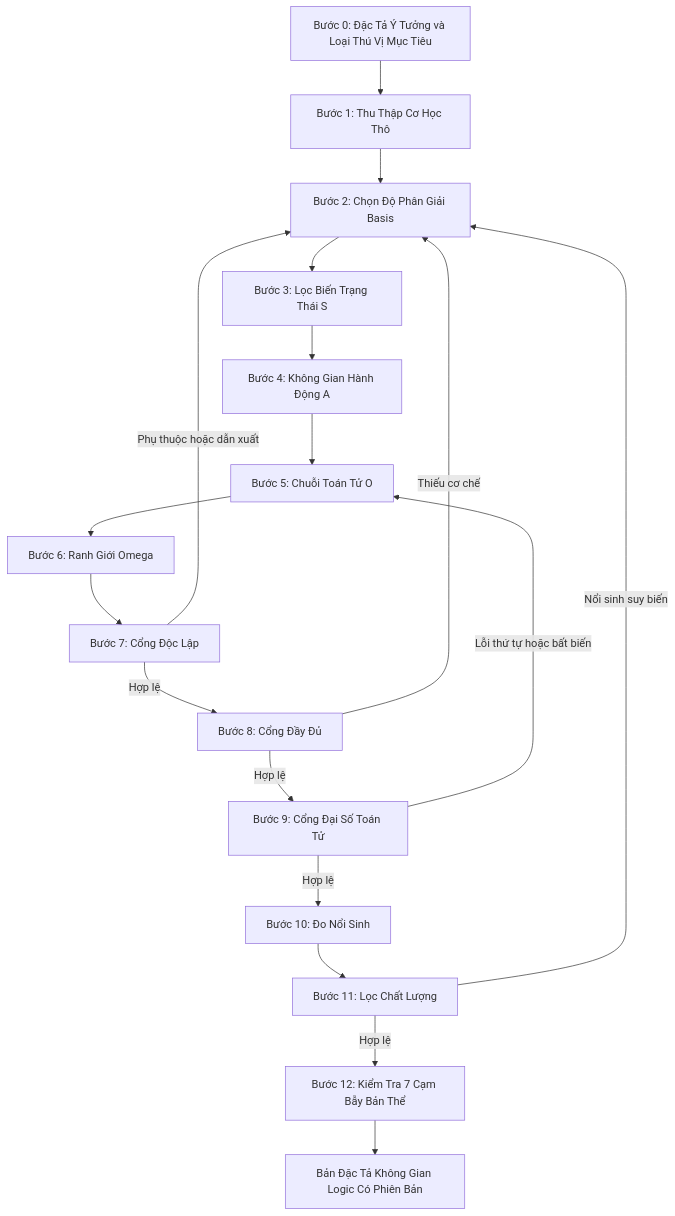
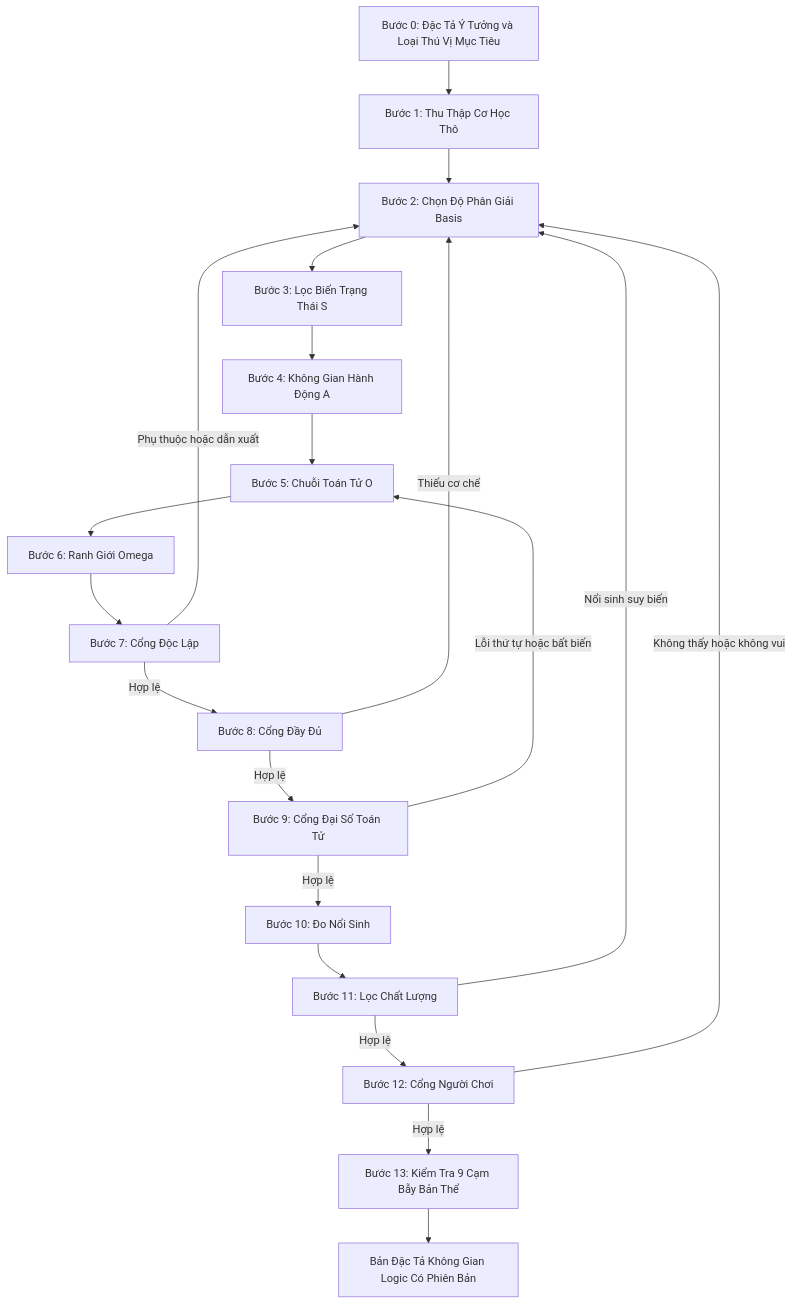
The second of 2 diagrams in .cursor/playbooks/playbook-decompose-game-to-logical-space.md (HeldenChill/Researchs), drawn with Mermaid before and after one commit. The commit also changed other lines of this file and 14 other files, not shown here.

````diff
--- a/.cursor/playbooks/playbook-decompose-game-to-logical-space.md
+++ b/.cursor/playbooks/playbook-decompose-game-to-logical-space.md
@@ -64,20 +67,22 @@
 ```mermaid
 flowchart TD
     S0["Bước 0: Đặc Tả Ý Tưởng và Loại Thú Vị Mục Tiêu"] --> S1["Bước 1: Thu Thập Cơ Học Thô"]
     S1 --> S2["Bước 2: Chọn Độ Phân Giải Basis"]
     S2 --> S3["Bước 3: Lọc Biến Trạng Thái S"]
     S3 --> S4["Bước 4: Không Gian Hành Động A"]
     S4 --> S5["Bước 5: Chuỗi Toán Tử O"]
     S5 --> S6["Bước 6: Ranh Giới Omega"]
     S6 --> S7["Bước 7: Cổng Độc Lập"]
     S7 -- "Phụ thuộc hoặc dẫn xuất" --> S2
     S7 -- "Hợp lệ" --> S8["Bước 8: Cổng Đầy Đủ"]
     S8 -- "Thiếu cơ chế" --> S2
     S8 -- "Hợp lệ" --> S9["Bước 9: Cổng Đại Số Toán Tử"]
     S9 -- "Lỗi thứ tự hoặc bất biến" --> S5
     S9 -- "Hợp lệ" --> S10["Bước 10: Đo Nổi Sinh"]
     S10 --> S11["Bước 11: Lọc Chất Lượng"]
     S11 -- "Nổi sinh suy biến" --> S2
-    S11 -- "Hợp lệ" --> S12["Bước 12: Kiểm Tra 7 Cạm Bẫy Bản Thể"]
-    S12 --> Finished["Bản Đặc Tả Không Gian Logic Có Phiên Bản"]
+    S11 -- "Hợp lệ" --> S12["Bước 12: Cổng Người Chơi"]
+    S12 -- "Không thấy hoặc không vui" --> S2
+    S12 -- "Hợp lệ" --> S13["Bước 13: Kiểm Tra 9 Cạm Bẫy Bản Thể"]
+    S13 --> Finished["Bản Đặc Tả Không Gian Logic Có Phiên Bản"]
 ```
````
